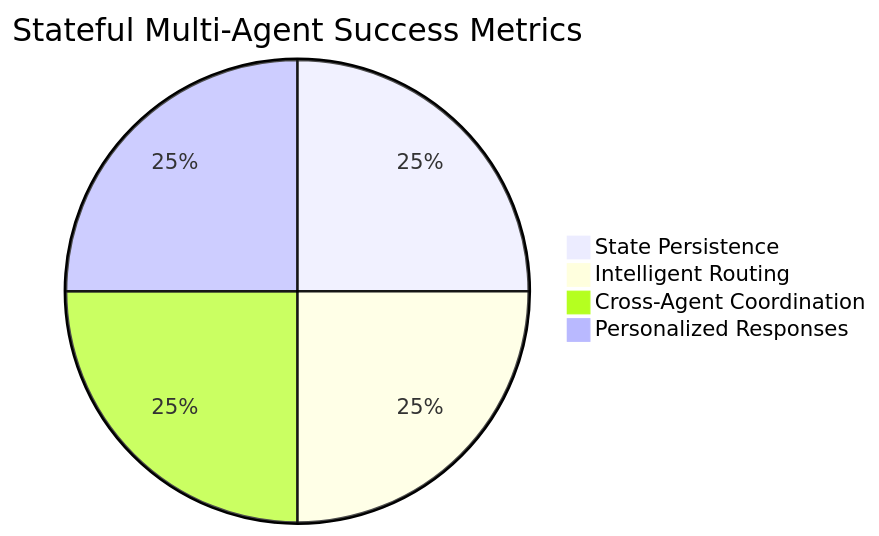
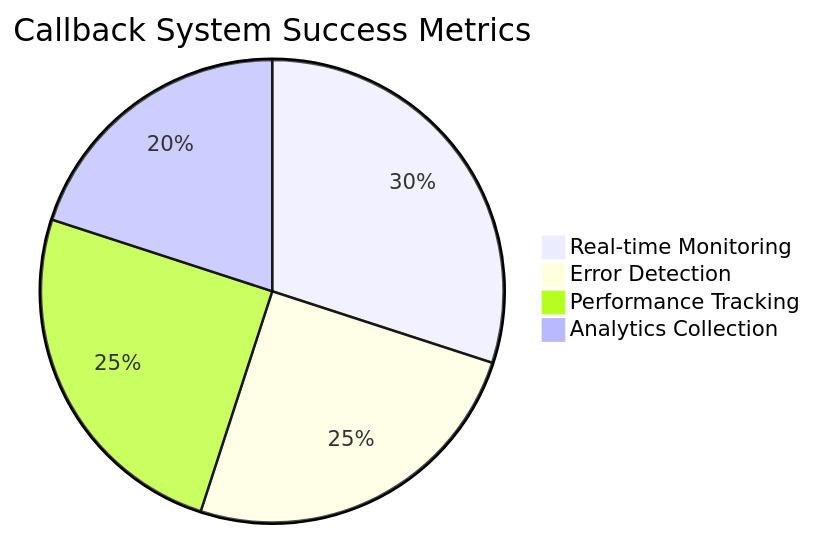
One commit to Yash-Kavaiya/agent-development-kit-crash-course changed diagram 19 of 28 in 9-callbacks/README.md. Above: the diagram before and after it, drawn with Mermaid. The commit also changed other lines of this file, not shown here.

````diff
--- a/9-callbacks/README.md
+++ b/9-callbacks/README.md
@@ -632,7 +679,7 @@
 ```mermaid
-pie title Stateful Multi-Agent Success Metrics
-    "State Persistence" : 25
-    "Intelligent Routing" : 25
-    "Cross-Agent Coordination" : 25
-    "Personalized Responses" : 25
+pie title Callback System Success Metrics
+    "Real-time Monitoring" : 30
+    "Error Detection" : 25
+    "Performance Tracking" : 25
+    "Analytics Collection" : 20
 ```
````
